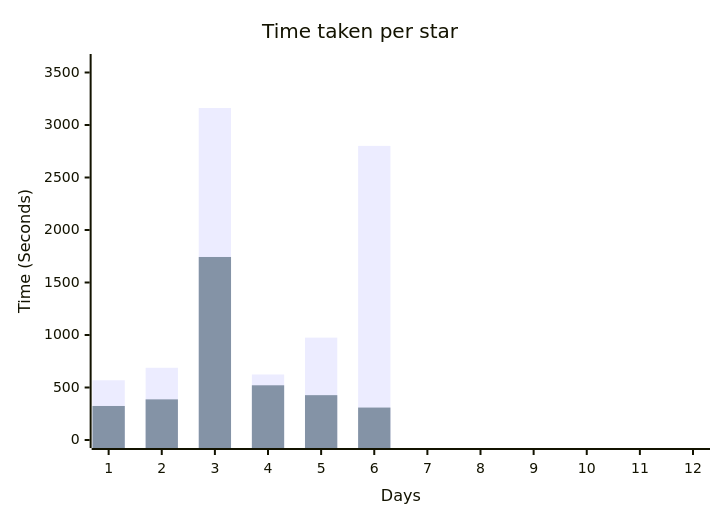
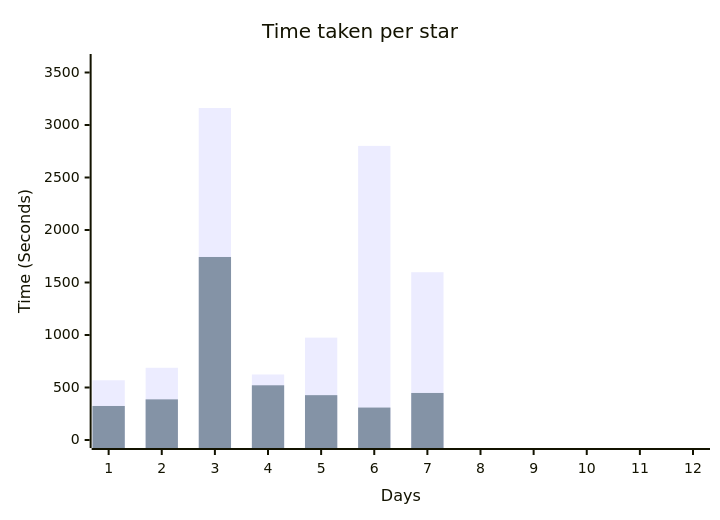
The diagram in readme.md (Voxed/aoc25), drawn with Mermaid before and after one commit. The commit also changed other lines of this file, not shown here.

````diff
--- a/readme.md
+++ b/readme.md
@@ -16,8 +16,8 @@
 ```mermaid
 xychart
     title "Time taken per star"
     x-axis "Days" [1,2,3,4,5,6,7,8,9,10,11,12]
     y-axis "Time (Seconds)" 0 --> 3600
-    bar [569, 688, 3162, 624, 975, 2801]
-    bar [324, 387, 1743, 521, 427, 309]
+    bar [569, 688, 3162, 624, 975, 2801, 1598]
+    bar [324, 387, 1743, 521, 427, 309, 448]
 ```
````
